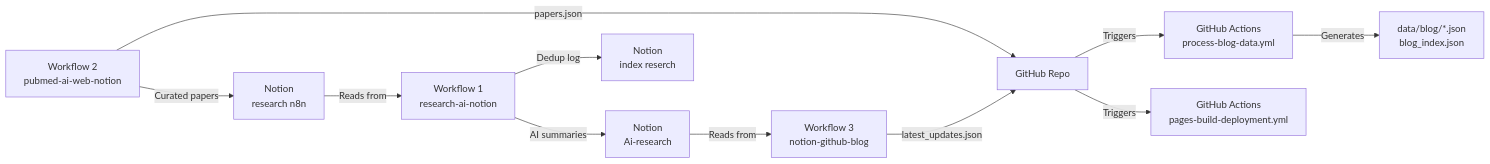
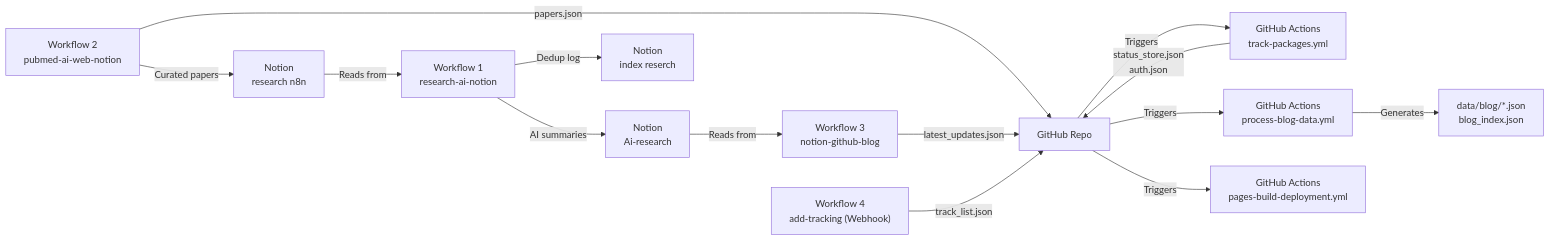
The diagram in ARCHITECTURE.md (NTWKKM/ntwkkm.github.io), drawn with Mermaid before and after one commit.

Commit message:
docs: Add package tracking pipeline to data flow diagram

````diff
--- a/ARCHITECTURE.md
+++ b/ARCHITECTURE.md
@@ -244,13 +244,21 @@
 ```mermaid
 graph LR
+    %% Research Data Flow
     B["Workflow 2<br/>pubmed-ai-web-notion"] -->|"papers.json"| G["GitHub Repo"]
     B -->|"Curated papers"| SRC["Notion<br/>research n8n"]
     SRC -->|"Reads from"| A["Workflow 1<br/>research-ai-notion"]
     A -->|"AI summaries"| OUT["Notion<br/>Ai-research"]
     A -->|"Dedup log"| IDX["Notion<br/>index reserch"]
     OUT -->|"Reads from"| C["Workflow 3<br/>notion-github-blog"]
     C -->|"latest_updates.json"| G
+
+    %% Tracking Data Flow
+    W4["Workflow 4<br/>add-tracking (Webhook)"] -->|"track_list.json"| G
+    G -->|"Triggers"| TP["GitHub Actions<br/>track-packages.yml"]
+    TP -->|"status_store.json<br/>auth.json"| G
+
+    %% CI/CD Deployment
     G -->|"Triggers"| CI["GitHub Actions<br/>process-blog-data.yml"]
     CI -->|"Generates"| D["data/blog/*.json<br/>blog_index.json"]
     G -->|"Triggers"| DEPLOY["GitHub Actions<br/>pages-build-deployment.yml"]
 ```
````
